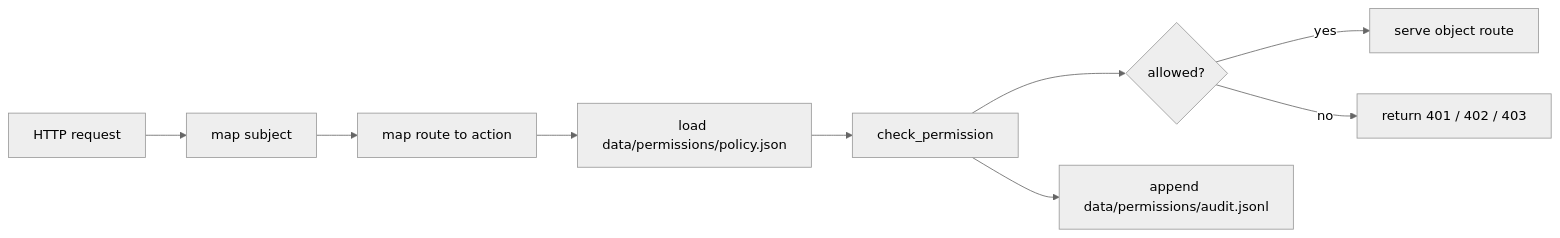
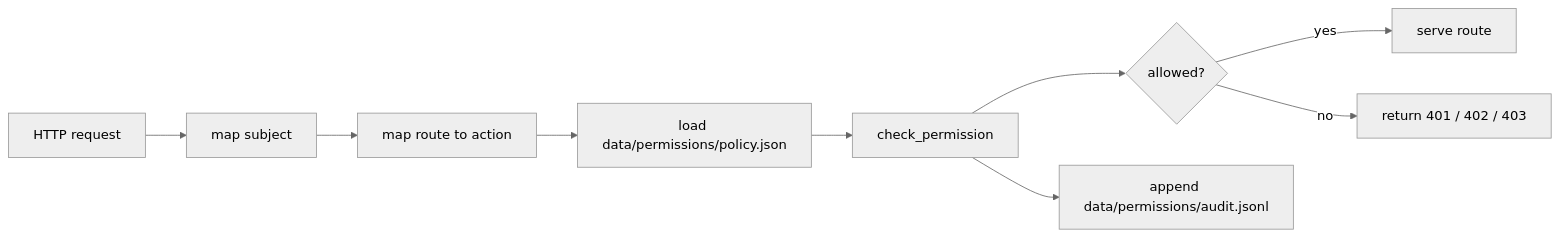
One commit to askrobots/dbbasic-object-server changed the second of 2 diagrams in docs/permissions-model.md. Above: the diagram before and after it, drawn with Mermaid (neutral theme). The commit also changed other lines of this file and 6 other files, not shown here.

````diff
--- a/docs/permissions-model.md
+++ b/docs/permissions-model.md
@@ -157,11 +158,11 @@
 ```mermaid
 flowchart LR
     A["HTTP request"] --> B["map subject"]
     B --> C["map route to action"]
     C --> D["load data/permissions/policy.json"]
     D --> E["check_permission"]
     E --> F{"allowed?"}
-    F -- yes --> G["serve object route"]
+    F -- yes --> G["serve route"]
     F -- no --> H["return 401 / 402 / 403"]
     E --> I["append data/permissions/audit.jsonl"]
 ```
````
